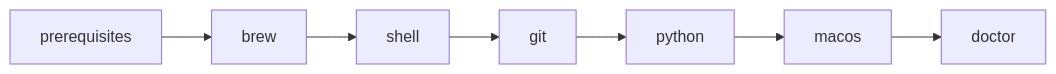
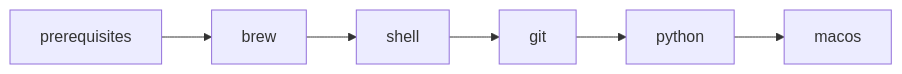
Before and after one commit to ablange/macos-workspace: the diagram in knowledge/architecture/repository.md, drawn with Mermaid. The commit also changed other lines of this file and 5 other files, not shown here.

````diff
--- a/knowledge/architecture/repository.md
+++ b/knowledge/architecture/repository.md
@@ -47,11 +47,10 @@
 ```mermaid
 flowchart LR
   prerequisites[prerequisites]
   brew[brew]
   shell[shell]
   git[git]
   python[python]
   macos[macos]
-  doctor[doctor]
-  prerequisites --> brew --> shell --> git --> python --> macos --> doctor
+  prerequisites --> brew --> shell --> git --> python --> macos
 ```
````
